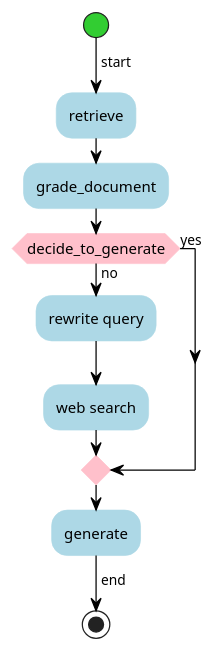
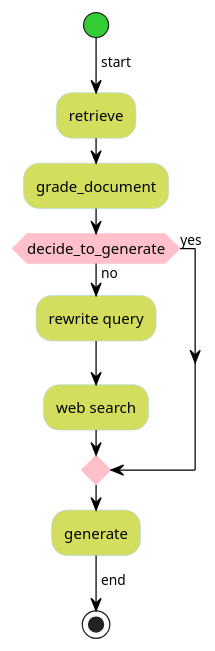
Before and after one commit to kyopark2014/langgraph-agent: the diagram in chart/corrective_rag.puml, drawn with PlantUML. The commit also changed 9 other files, not shown here.

```diff
--- a/chart/corrective_rag.puml
+++ b/chart/corrective_rag.puml
@@ -1,39 +1,39 @@
 @startuml Corrective RAG
 
 'skinparam monochrome true
 skinparam shadowing false
 skinparam activity {
     StartColor limegreen
     EndColor darkblue
-    'BackgroundColor #d4de5e
+    BackgroundColor #d4de5e
     'BorderColor #5e94de
-    BackgroundColor #lightblue
+    'BackgroundColor #lightcyan
     BorderColor #lightblue
     ArrowColor black
 }
 skinparam activityDiamond {
     'BackgroundColor #5ede68
     'BorderColor #5e94de
     BackgroundColor #Pink
     BorderColor #Pink
     fontSize 12
 }
 
 start
 -> start;
 
 :retrieve;
 
 :grade_document;
 
 if (decide_to_generate) then (yes)    
 else (no)
   :rewrite query;
   :web search;
 endif
 
 :generate;
 
 -> end;
 stop
 @enduml
```
